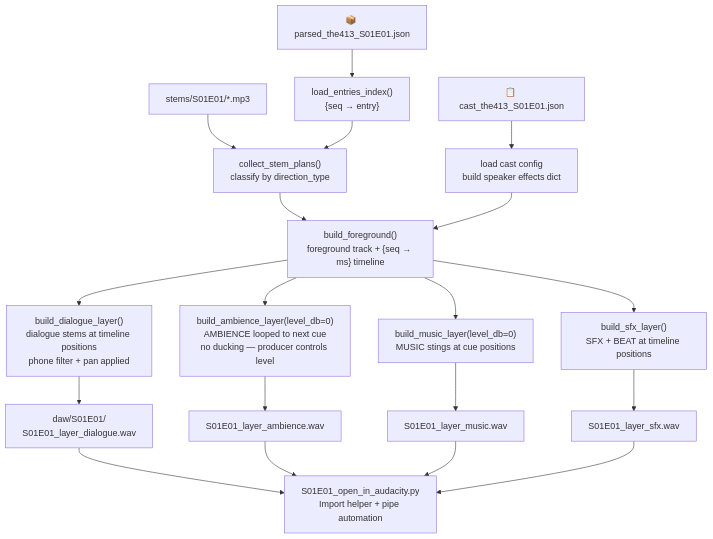
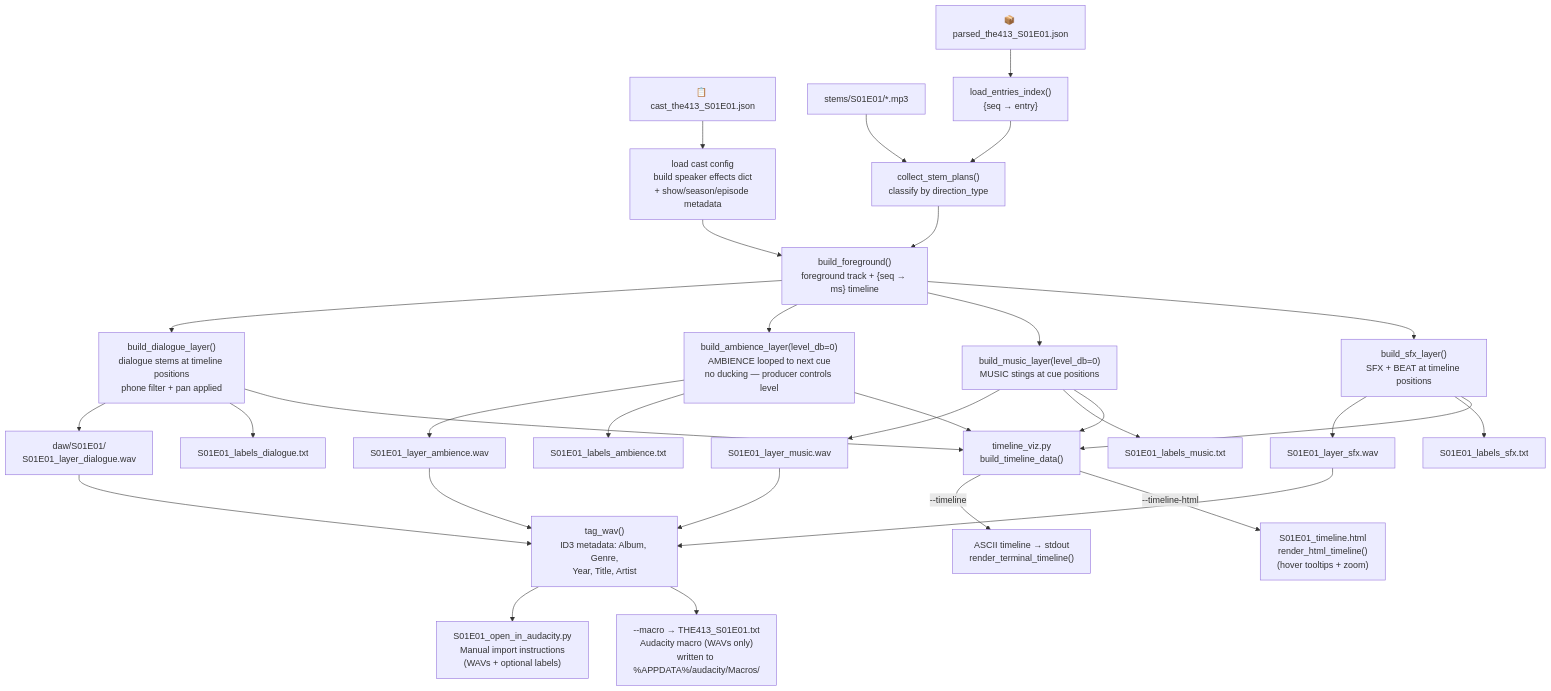
The ninth of 15 diagrams in docs/pipeline.md (tazlin/xil-pipeline), drawn with Mermaid before and after one commit. The commit also changed other lines of this file and 18 other files, not shown here.

First line of the commit message:
Fix intro music trim, pre_trimmed flag, SFX dry-run, and CSV column order

````diff
--- a/docs/pipeline.md
+++ b/docs/pipeline.md
@@ -412,41 +465,68 @@
 ```mermaid
 flowchart TD
     C5["`📋 cast_the413_S01E01.json`"]
     J5["`📦 parsed_the413_S01E01.json`"]
     ST5["`stems/S01E01/*.mp3`"]
 
     C5 --> L5["`load cast config
-    build speaker effects dict`"]
+    build speaker effects dict
+    + show/season/episode metadata`"]
     J5 --> IDX5["`load_entries_index()
     {seq → entry}`"]
     ST5 --> PLANS5["`collect_stem_plans()
     classify by direction_type`"]
     IDX5 --> PLANS5
 
-    PLANS5 --> TL5["`build_foreground()
+    PLANS5 --> TL5
+
+    TL5["`build_foreground()
     foreground track + {seq → ms} timeline`"]
     L5 --> TL5
 
     TL5 --> DLG5["`build_dialogue_layer()
     dialogue stems at timeline positions
     phone filter + pan applied`"]
     TL5 --> AMB5["`build_ambience_layer(level_db=0)
     AMBIENCE looped to next cue
     no ducking — producer controls level`"]
     TL5 --> MUS5["`build_music_layer(level_db=0)
     MUSIC stings at cue positions`"]
     TL5 --> SFX5["`build_sfx_layer()
     SFX + BEAT at timeline positions`"]
 
     DLG5 --> WAV1["`daw/S01E01/
     S01E01_layer_dialogue.wav`"]
     AMB5 --> WAV2["S01E01_layer_ambience.wav"]
     MUS5 --> WAV3["S01E01_layer_music.wav"]
     SFX5 --> WAV4["S01E01_layer_sfx.wav"]
 
-    WAV1 --> SCRIPT5["`S01E01_open_in_audacity.py
-    Import helper + pipe automation`"]
-    WAV2 --> SCRIPT5
-    WAV3 --> SCRIPT5
-    WAV4 --> SCRIPT5
+    WAV1 --> TAG5["`tag_wav()
+    ID3 metadata: Album, Genre,
+    Year, Title, Artist`"]
+    WAV2 --> TAG5
+    WAV3 --> TAG5
+    WAV4 --> TAG5
+
+    DLG5 --> LBL1["S01E01_labels_dialogue.txt"]
+    AMB5 --> LBL2["S01E01_labels_ambience.txt"]
+    MUS5 --> LBL3["S01E01_labels_music.txt"]
+    SFX5 --> LBL4["S01E01_labels_sfx.txt"]
+
+    TAG5 --> SCRIPT5["`S01E01_open_in_audacity.py
+    Manual import instructions
+    (WAVs + optional labels)`"]
+    TAG5 --> MACRO5["`--macro → THE413_S01E01.txt
+    Audacity macro (WAVs only)
+    written to %APPDATA%/audacity/Macros/`"]
+
+    DLG5 --> TLVIZ["`timeline_viz.py
+    build_timeline_data()`"]
+    AMB5 --> TLVIZ
+    MUS5 --> TLVIZ
+    SFX5 --> TLVIZ
+    TLVIZ -->|"--timeline"| ASCII5["`ASCII timeline → stdout
+    render_terminal_timeline()`"]
+    TLVIZ -->|"--timeline-html"| HTML5["`S01E01_timeline.html
+    render_html_timeline()
+    (hover tooltips + zoom)`"]
 ```
````
